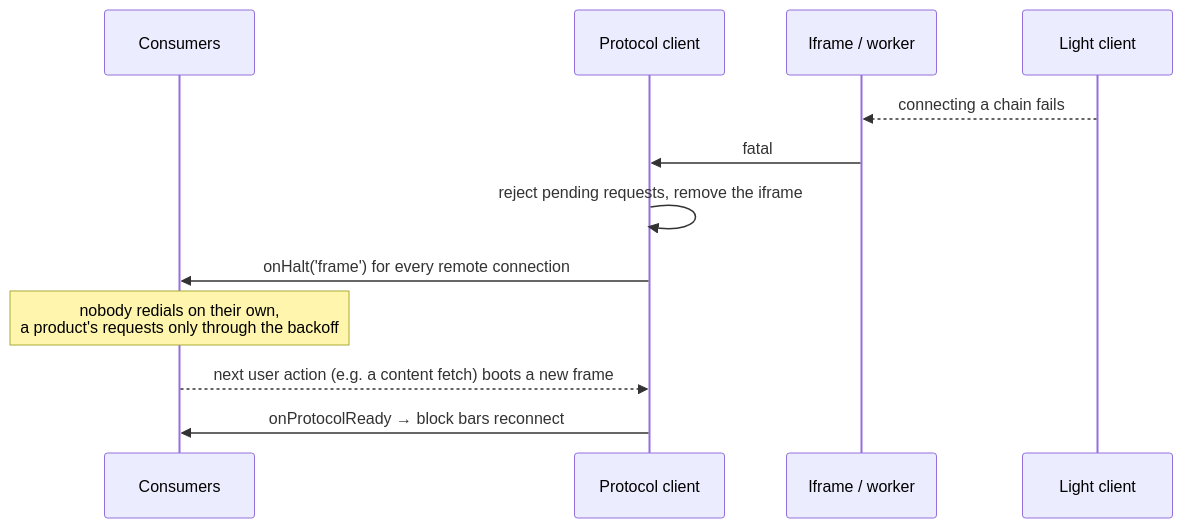
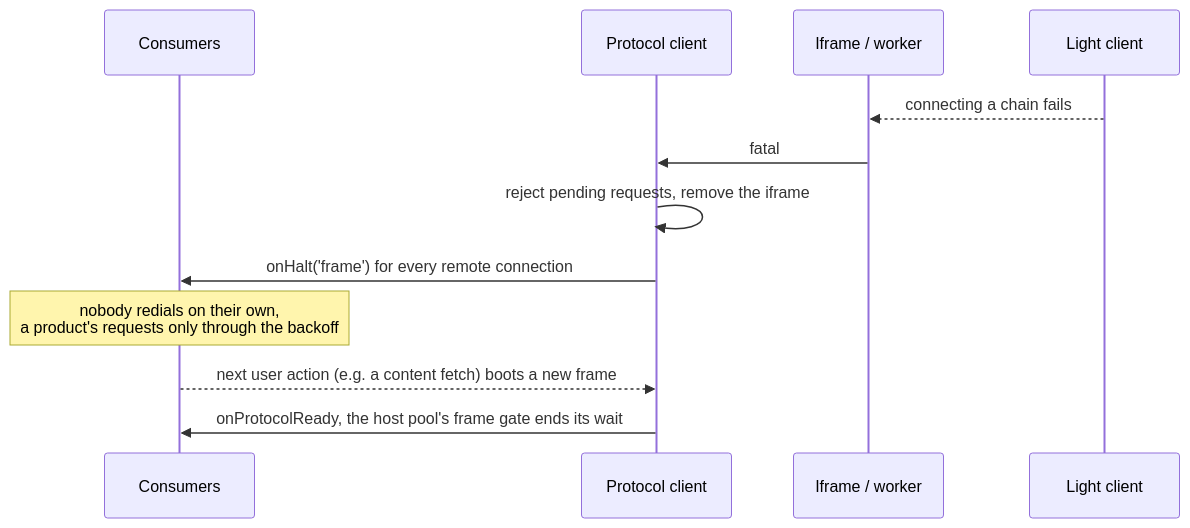
The seventh of 7 diagrams in docs/chain-connections.md (paritytech/dotli-community), drawn with Mermaid before and after one commit. The commit also changed other lines of this file and 47 other files, not shown here.

````diff
--- a/docs/chain-connections.md
+++ b/docs/chain-connections.md
@@ -287,14 +302,14 @@
 ```mermaid
 sequenceDiagram
   participant Use as Consumers
   participant Cli as Protocol client
   participant Ctx as Iframe / worker
   participant LC as Light client
   LC-->>Ctx: connecting a chain fails
   Ctx->>Cli: fatal
   Cli->>Cli: reject pending requests, remove the iframe
   Cli->>Use: onHalt('frame') for every remote connection
   Note over Use: nobody redials on their own,<br/>a product's requests only through the backoff
   Use-->>Cli: next user action (e.g. a content fetch) boots a new frame
-  Cli->>Use: onProtocolReady → block bars reconnect
+  Cli->>Use: onProtocolReady, the host pool's frame gate ends its wait
 ```
````
